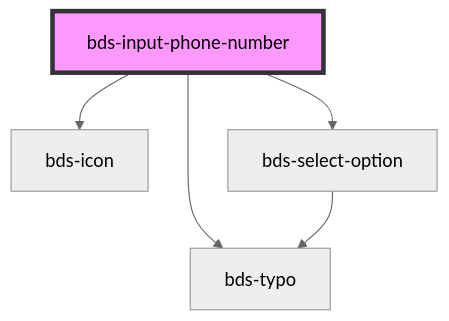
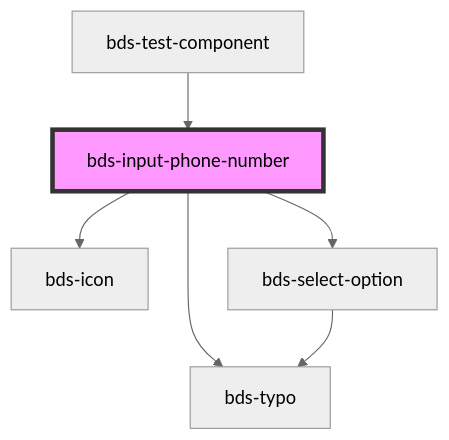
One commit to takenet/blip-ds changed the diagram in src/components/input-phone-number/readme.md. Above: the diagram before and after it, drawn with Mermaid (neutral theme). The commit also changed other lines of this file and 73 other files, not shown here.

````diff
--- a/src/components/input-phone-number/readme.md
+++ b/src/components/input-phone-number/readme.md
@@ -78,8 +82,9 @@
 ```mermaid
 graph TD;
   bds-input-phone-number --> bds-icon
   bds-input-phone-number --> bds-typo
   bds-input-phone-number --> bds-select-option
   bds-select-option --> bds-typo
+  bds-test-component --> bds-input-phone-number
   style bds-input-phone-number fill:#f9f,stroke:#333,stroke-width:4px
 ```
````
